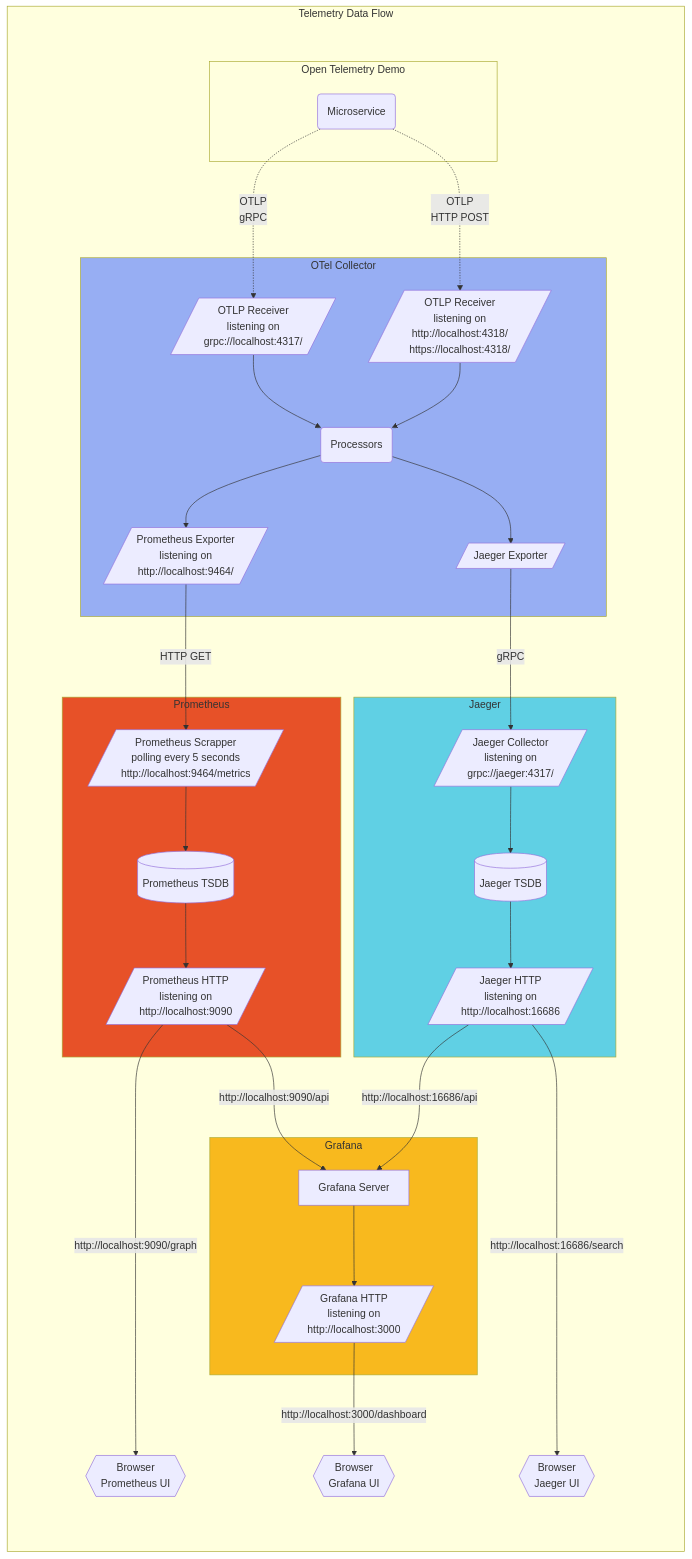
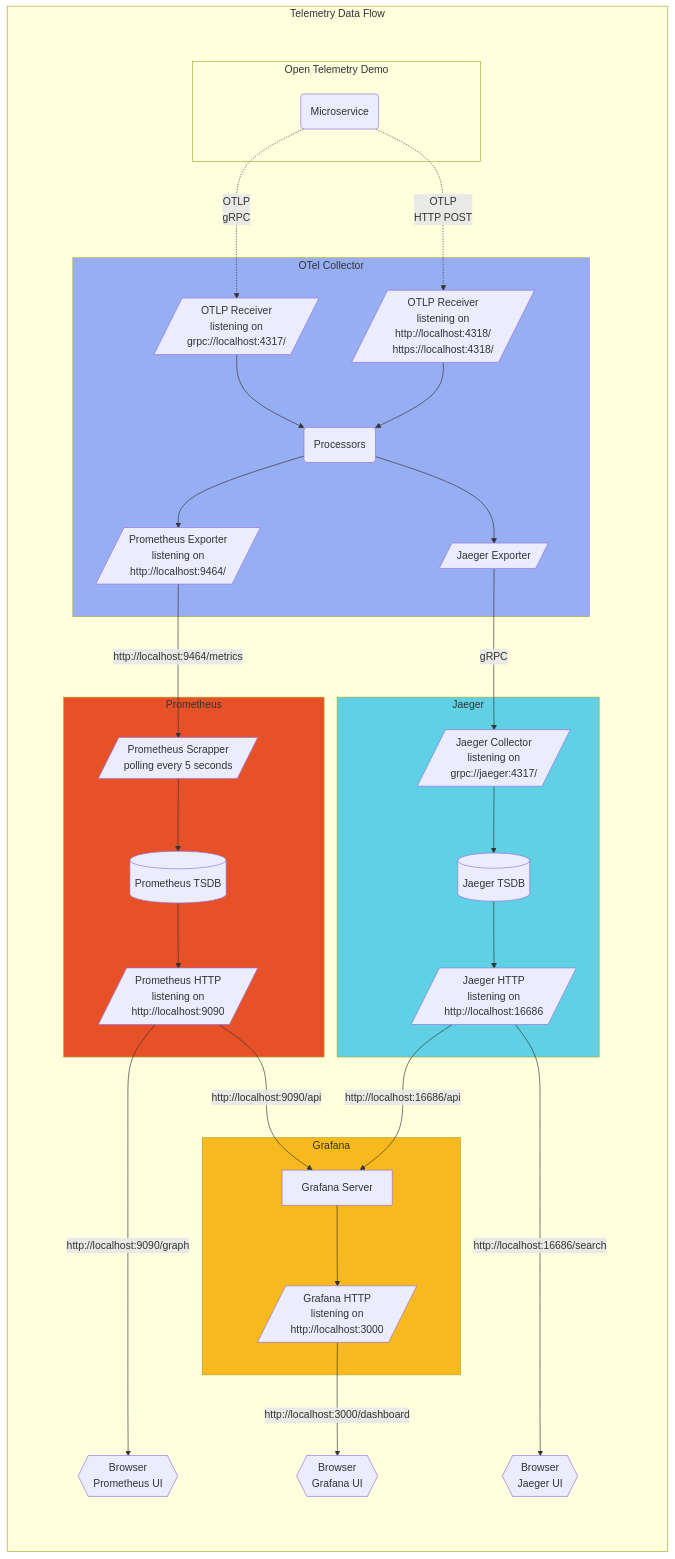
The third of 3 diagrams in docs/current_architecture.md (open-telemetry/opentelemetry-demo), drawn with Mermaid before and after one commit.

Commit message:
Matching diagram syntax
changed so prometheus scrapper url is in the node link to match connection between browsers and http endpoints lower down the diagram

````diff
--- a/docs/current_architecture.md
+++ b/docs/current_architecture.md
@@ -97,73 +97,73 @@
 ```mermaid
 graph TB
 subgraph tdf[Telemetry Data Flow]
     subgraph subgraph_padding [ ]
         style subgraph_padding fill:none,stroke:none;
         %% padding to stop the titles clashing
         subgraph od[Open Telemetry Demo]
         ms(Microservice)
         end
 
         ms -.->|"OTLP<br/>gRPC"| oc-grpc
         ms -.->|"OTLP<br/>HTTP POST"| oc-http
 
         subgraph oc[OTel Collector]
             style oc fill:#97aef3; 
             oc-grpc[/"OTLP Receiver<br/>listening on<br/>grpc://localhost:4317/"/]
             oc-http[/"OTLP Receiver<br/>listening on <br/>http://localhost:4318/<br/>https://localhost:4318/"/]
             oc-proc(Processors)
             oc-prom[/"Prometheus Exporter<br/>listening on<br/>http://localhost:9464/"/]
             oc-jag[/"Jaeger Exporter"/]
 
             oc-grpc --> oc-proc
             oc-http --> oc-proc
 
             oc-proc --> oc-prom
             oc-proc --> oc-jag
         end
 
-        oc-prom -->|HTTP GET| pr-sc
+        oc-prom -->|"http://localhost:9464/metrics"| pr-sc
         oc-jag -->|gRPC| ja-col
 
         subgraph pr[Prometheus]
             style pr fill:#e75128;
-            pr-sc[/"Prometheus Scrapper<br/>polling every 5 seconds<br/>http://localhost:9464/metrics"/]
+            pr-sc[/"Prometheus Scrapper<br/>polling every 5 seconds"/]
             pr-tsdb[(Prometheus TSDB)]
             pr-http[/"Prometheus HTTP<br/>listening on<br/>http://localhost:9090"/]
 
             pr-sc --> pr-tsdb
             pr-tsdb --> pr-http
         end
 
         pr-b{{"Browser<br/>Prometheus UI"}}
         pr-http ---->|"http://localhost:9090/graph"| pr-b
     
         subgraph ja[Jaeger]
             style ja fill:#60d0e4;
             ja-col[/"Jaeger Collector<br/>listening on<br/>grpc://jaeger:4317/"/]
             ja-tsdb[(Jaeger TSDB)]
             ja-http[/"Jaeger HTTP<br/>listening on<br/>http://localhost:16686"/]
             
             ja-col --> ja-tsdb
             ja-tsdb --> ja-http
         end
 
         subgraph gr[Grafana]
             style gr fill:#f8b91e;
             gr-srv["Grafana Server"]
             gr-http[/"Grafana HTTP<br/>listening on<br/>http://localhost:3000"/]
 
             gr-srv --> gr-http
         end
         
         pr-http --> |"http://localhost:9090/api"| gr-srv
         ja-http --> |"http://localhost:16686/api"| gr-srv
 
         ja-b{{"Browser<br/>Jaeger UI"}}
         ja-http ---->|"http://localhost:16686/search"| ja-b
 
         gr-b{{"Browser<br/>Grafana UI"}}
         gr-http -->|"http://localhost:3000/dashboard"| gr-b
     end
 end
 ```
````
